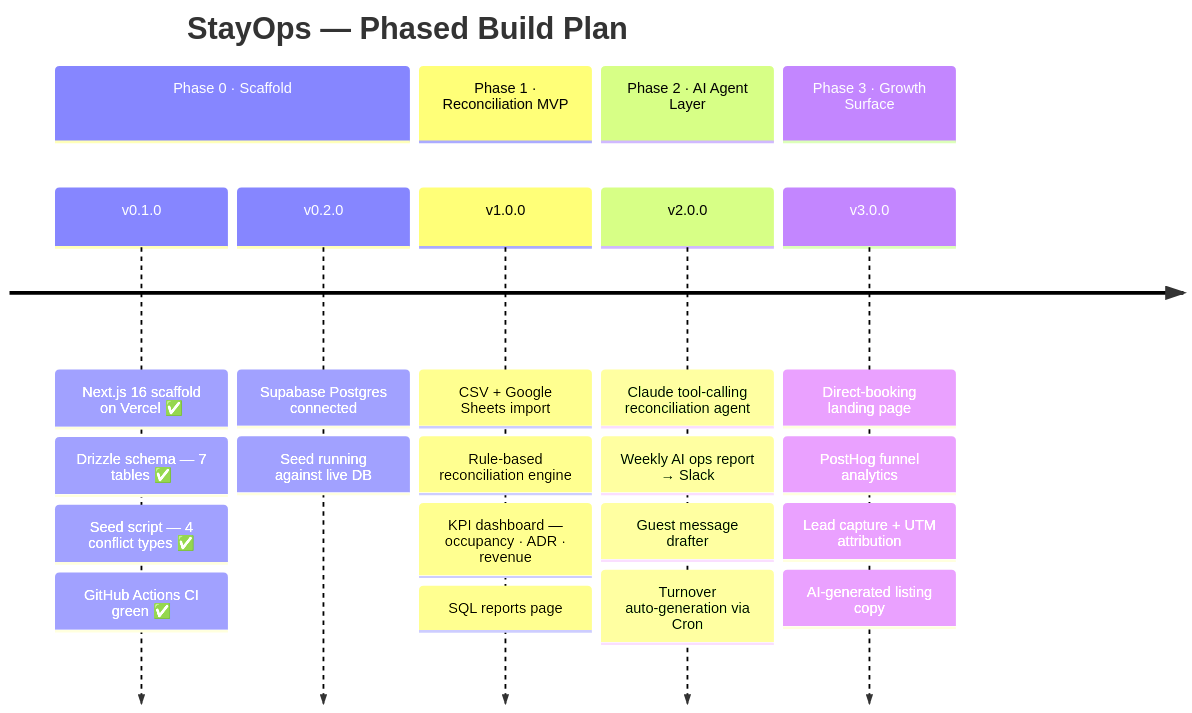
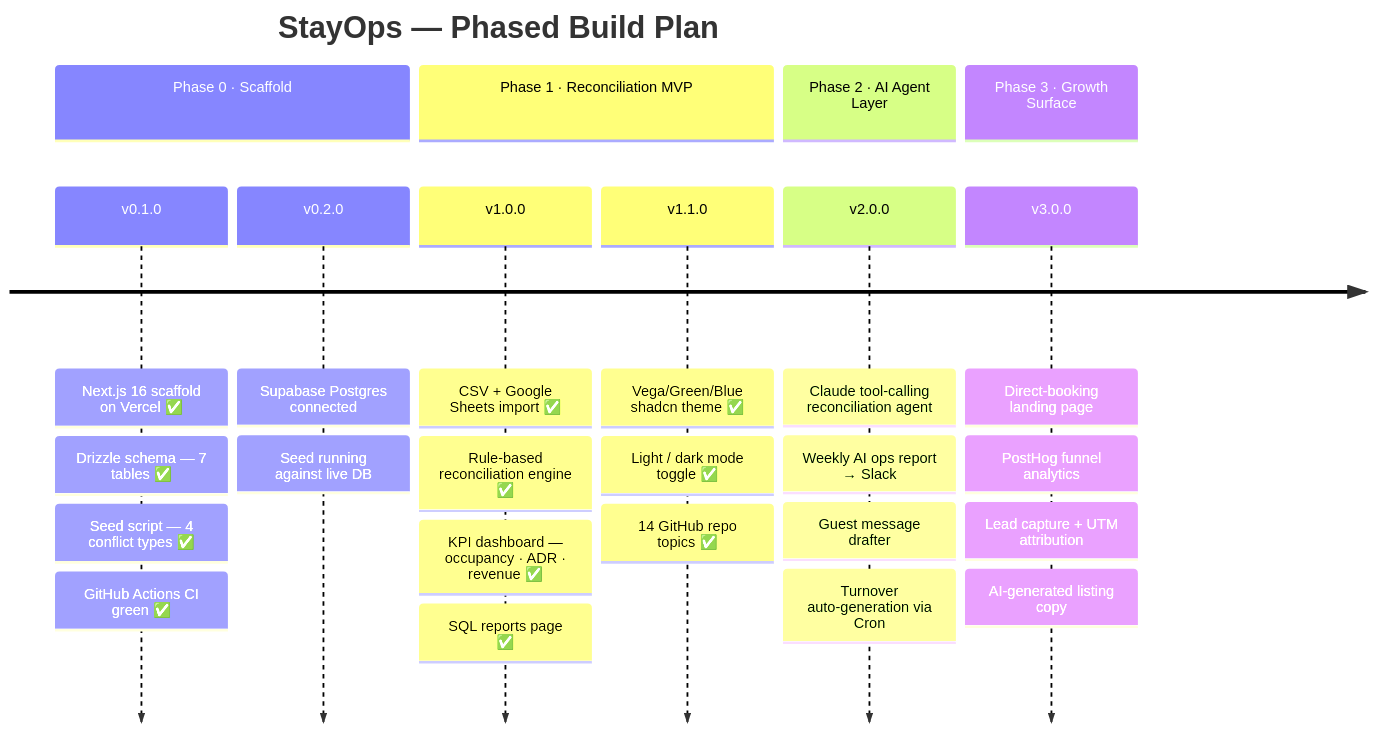
One commit to deepan-mehta-analytics/stayops changed the second of 2 diagrams in README.md. Above: the diagram before and after it, drawn with Mermaid. The commit also changed other lines of this file, not shown here.

````diff
--- a/README.md
+++ b/README.md
@@ -412,26 +446,29 @@
 ```mermaid
 timeline
     title StayOps — Phased Build Plan
     section Phase 0 · Scaffold
         v0.1.0 : Next.js 16 scaffold on Vercel ✅
                : Drizzle schema — 7 tables ✅
                : Seed script — 4 conflict types ✅
                : GitHub Actions CI green ✅
         v0.2.0 : Supabase Postgres connected
                : Seed running against live DB
     section Phase 1 · Reconciliation MVP
-        v1.0.0 : CSV + Google Sheets import
-               : Rule-based reconciliation engine
-               : KPI dashboard — occupancy · ADR · revenue
-               : SQL reports page
+        v1.0.0 : CSV + Google Sheets import ✅
+               : Rule-based reconciliation engine ✅
+               : KPI dashboard — occupancy · ADR · revenue ✅
+               : SQL reports page ✅
+        v1.1.0 : Vega/Green/Blue shadcn theme ✅
+               : Light / dark mode toggle ✅
+               : 14 GitHub repo topics ✅
     section Phase 2 · AI Agent Layer
         v2.0.0 : Claude tool-calling reconciliation agent
                : Weekly AI ops report → Slack
                : Guest message drafter
                : Turnover auto-generation via Cron
     section Phase 3 · Growth Surface
         v3.0.0 : Direct-booking landing page
                : PostHog funnel analytics
                : Lead capture + UTM attribution
                : AI-generated listing copy
 ```
````
